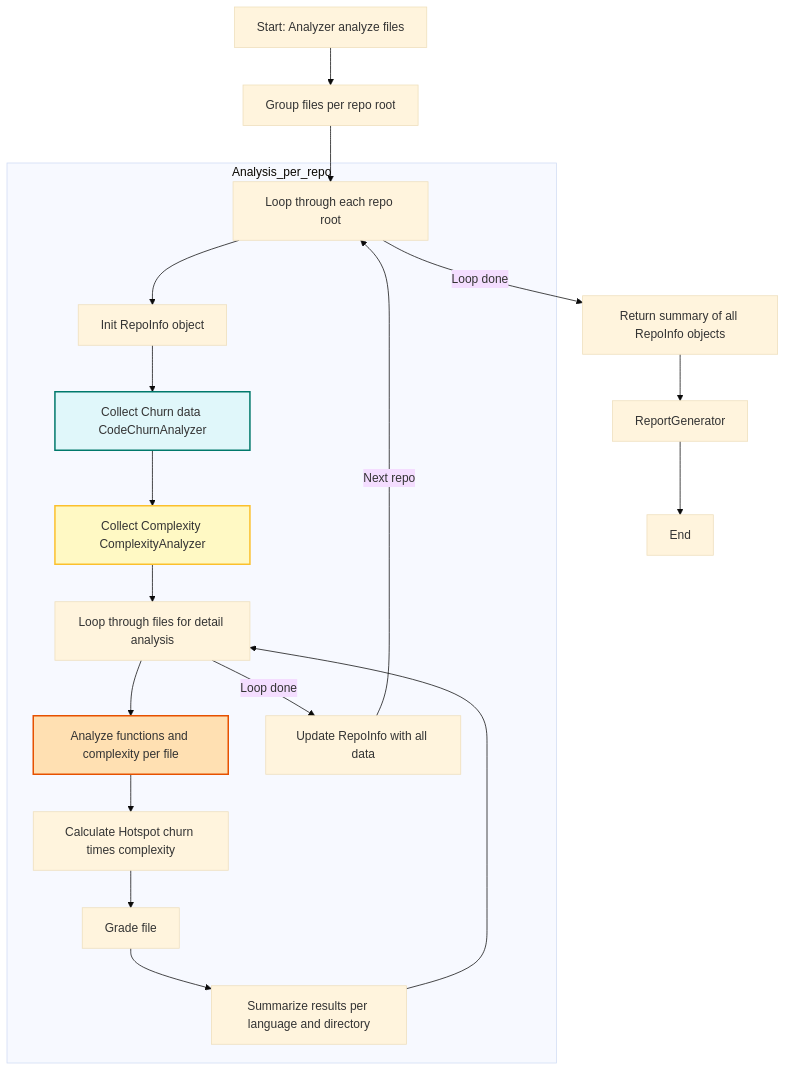
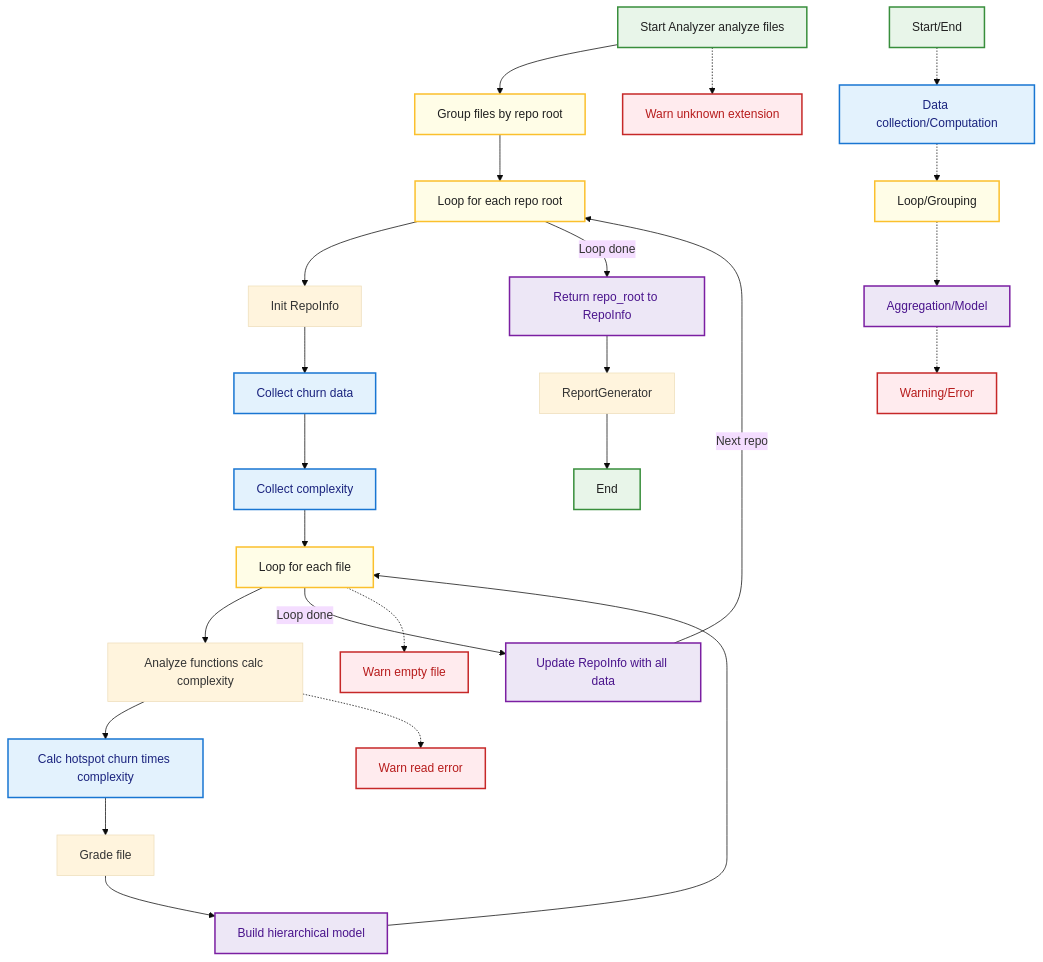
The diagram in mermaid/3_analyzer_analyze_flow.md (CmdrPrompt/MetricMancer), drawn with Mermaid (base theme) before and after one commit. The commit also changed other lines of this file and 21 other files, not shown here.

First line of the commit message:
feat: Add new data model for MetricMancer (2025-09-24)

````diff
--- a/mermaid/3_analyzer_analyze_flow.md
+++ b/mermaid/3_analyzer_analyze_flow.md
@@ -6,29 +5,66 @@
 ```mermaid
-graph TD
-    A[Start: Analyzer analyze files] --> B[Group files per repo root]
-    B --> C[Loop through each repo root]
+flowchart TD
+StartAnalyze[Start Analyzer analyze files]
+StartAnalyze --> GroupFiles[Group files by repo root]
+GroupFiles --> RepoLoop[Loop for each repo root]
+RepoLoop --> InitRepo[Init RepoInfo]
+InitRepo --> Churn[Collect churn data]
+Churn --> Complexity[Collect complexity]
+Complexity --> FileLoop[Loop for each file]
+FileLoop --> AnalyzeFunc[Analyze functions calc complexity]
+AnalyzeFunc --> Hotspot[Calc hotspot churn times complexity]
+Hotspot --> Grade[Grade file]
+Grade --> Hierarchy[Build hierarchical model]
+Hierarchy --> FileLoop
+FileLoop -- Loop done --> UpdateRepo[Update RepoInfo with all data]
+UpdateRepo -- Next repo --> RepoLoop
+RepoLoop -- Loop done --> ReturnDict[Return repo_root to RepoInfo]
+ReturnDict --> ReportGen[ReportGenerator]
+ReportGen --> EndNode[End]
 
-    subgraph Analysis_per_repo
-        C --> D[Init RepoInfo object]
-        D --> E[Collect Churn data CodeChurnAnalyzer]
-        E --> F[Collect Complexity ComplexityAnalyzer]
-        F --> G[Loop through files for detail analysis]
-        G --> H[Analyze functions and complexity per file]
-        H --> I[Calculate Hotspot churn times complexity]
-        I --> J[Grade file]
-        J --> K[Summarize results per language and directory]
-        K --> G
-        G -- Loop done --> L[Update RepoInfo with all data]
-    end
+%% Edge cases
+StartAnalyze -.-> WarnExt[Warn unknown extension]
+AnalyzeFunc -.-> WarnRead[Warn read error]
+FileLoop -.-> WarnEmpty[Warn empty file]
 
-    L -- Next repo --> C
-    C -- Loop done --> M[Return summary of all RepoInfo objects]
-    M --> RG[ReportGenerator]
-    RG --> N[End]
+%% Färgkodning
+style StartAnalyze fill:#e8f5e9,stroke:#388e3c,stroke-width:2px,color:#212121
+style EndNode fill:#e8f5e9,stroke:#388e3c,stroke-width:2px,color:#212121
+style Churn fill:#e3f2fd,stroke:#1976d2,stroke-width:2px,color:#1a237e
+style Complexity fill:#e3f2fd,stroke:#1976d2,stroke-width:2px,color:#1a237e
+style Hotspot fill:#e3f2fd,stroke:#1976d2,stroke-width:2px,color:#1a237e
+style RepoLoop fill:#fffde7,stroke:#fbc02d,stroke-width:2px,color:#212121
+style FileLoop fill:#fffde7,stroke:#fbc02d,stroke-width:2px,color:#212121
+style GroupFiles fill:#fffde7,stroke:#fbc02d,stroke-width:2px,color:#212121
+style Hierarchy fill:#ede7f6,stroke:#7b1fa2,stroke-width:2px,color:#4a148c
+style UpdateRepo fill:#ede7f6,stroke:#7b1fa2,stroke-width:2px,color:#4a148c
+style ReturnDict fill:#ede7f6,stroke:#7b1fa2,stroke-width:2px,color:#4a148c
+style WarnExt fill:#ffebee,stroke:#c62828,stroke-width:2px,color:#b71c1c
+style WarnRead fill:#ffebee,stroke:#c62828,stroke-width:2px,color:#b71c1c
+style WarnEmpty fill:#ffebee,stroke:#c62828,stroke-width:2px,color:#b71c1c
+%% Error handling: empty files, missing attributes, exceptions in KPI analyzers
 
-    %% Edge cases
-    style E fill:#e0f7fa,stroke:#00796b,stroke-width:2px
-    style F fill:#fff9c4,stroke:#fbc02d,stroke-width:2px
-    style H fill:#ffe0b2,stroke:#e65100,stroke-width:2px
-    %% Error handling: empty files, missing attributes, exceptions in KPI analyzers
+%% Legend
+    LegendStart[Start/End]:::start
+    LegendCalc[Data collection/Computation]:::calc
+    LegendLoop[Loop/Grouping]:::loop
+    LegendAgg[Aggregation/Model]:::agg
+    LegendWarn[Warning/Error]:::warn
+
+    LegendStart -.-> LegendCalc
+    LegendCalc -.-> LegendLoop
+    LegendLoop -.-> LegendAgg
+    LegendAgg -.-> LegendWarn
+
+    classDef start fill:#e8f5e9,stroke:#388e3c,stroke-width:2px,color:#212121;
+    classDef calc fill:#e3f2fd,stroke:#1976d2,stroke-width:2px,color:#1a237e;
+    classDef loop fill:#fffde7,stroke:#fbc02d,stroke-width:2px,color:#212121;
+    classDef agg fill:#ede7f6,stroke:#7b1fa2,stroke-width:2px,color:#4a148c;
+    classDef warn fill:#ffebee,stroke:#c62828,stroke-width:2px,color:#b71c1c;
+
+    class LegendStart start;
+    class LegendCalc calc;
+    class LegendLoop loop;
+    class LegendAgg agg;
+    class LegendWarn warn;
 ```
````
